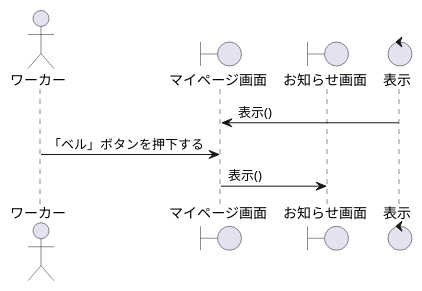
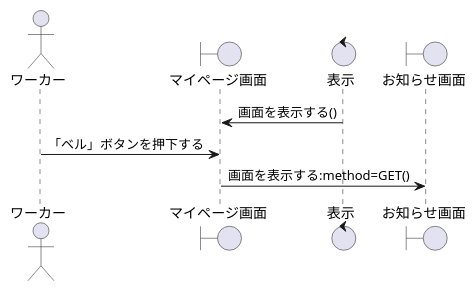
One commit to irukacb256/high_Me changed the diagram in sequence_fig/7_acconts_fn/12_お知らせを閲覧する.pu. Above: the diagram before and after it, drawn with PlantUML. The commit also changed 9 other files, not shown here.

```diff
--- a/sequence_fig/7_acconts_fn/12_お知らせを閲覧する.pu
+++ b/sequence_fig/7_acconts_fn/12_お知らせを閲覧する.pu
@@ -1,15 +1,15 @@
 @startuml お知らせを閲覧する
 
 actor ワーカー as wo1
 
 boundary マイページ画面 as bo1
+control 表示 as co1
 boundary お知らせ画面 as bo2
 
-control 表示 as co1
 
-co1 -> bo1:表示()
+co1 -> bo1: 画面を表示する()
 wo1 -> bo1:「ベル」ボタンを押下する
-bo1 -> bo2:表示()
+bo1 -> bo2: 画面を表示する:method=GET()
 
 
 @enduml
```
